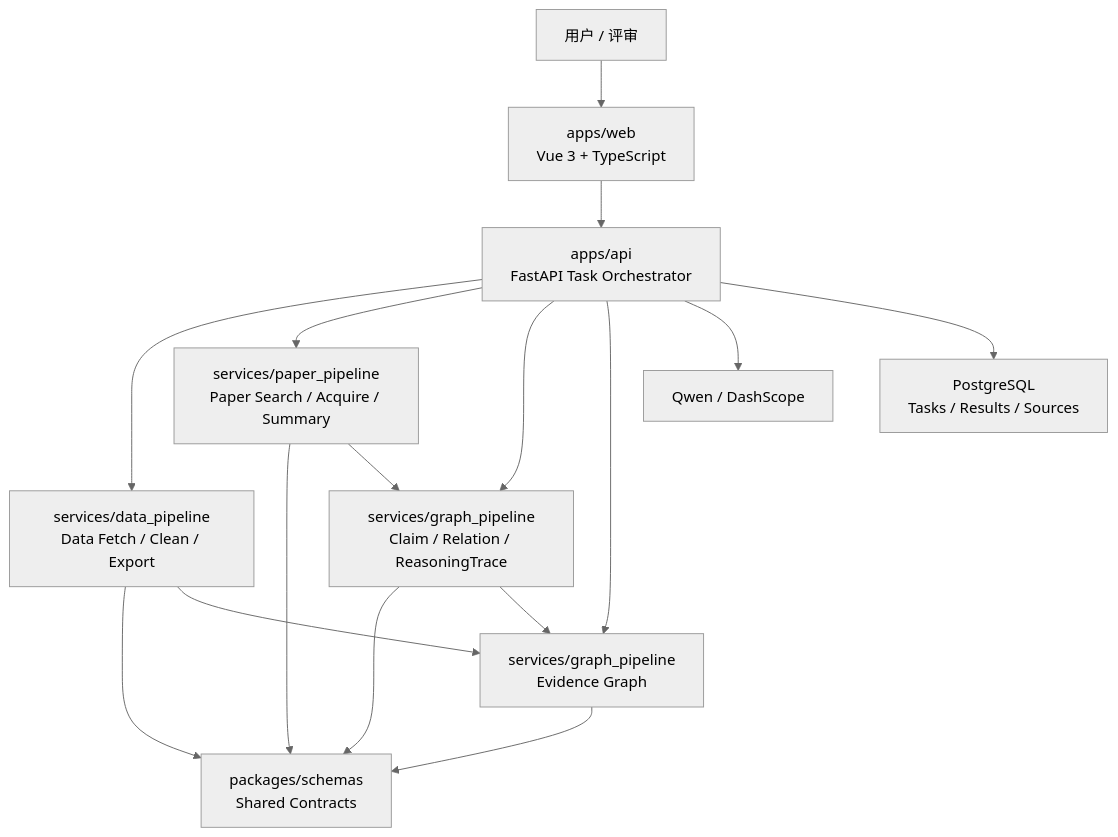
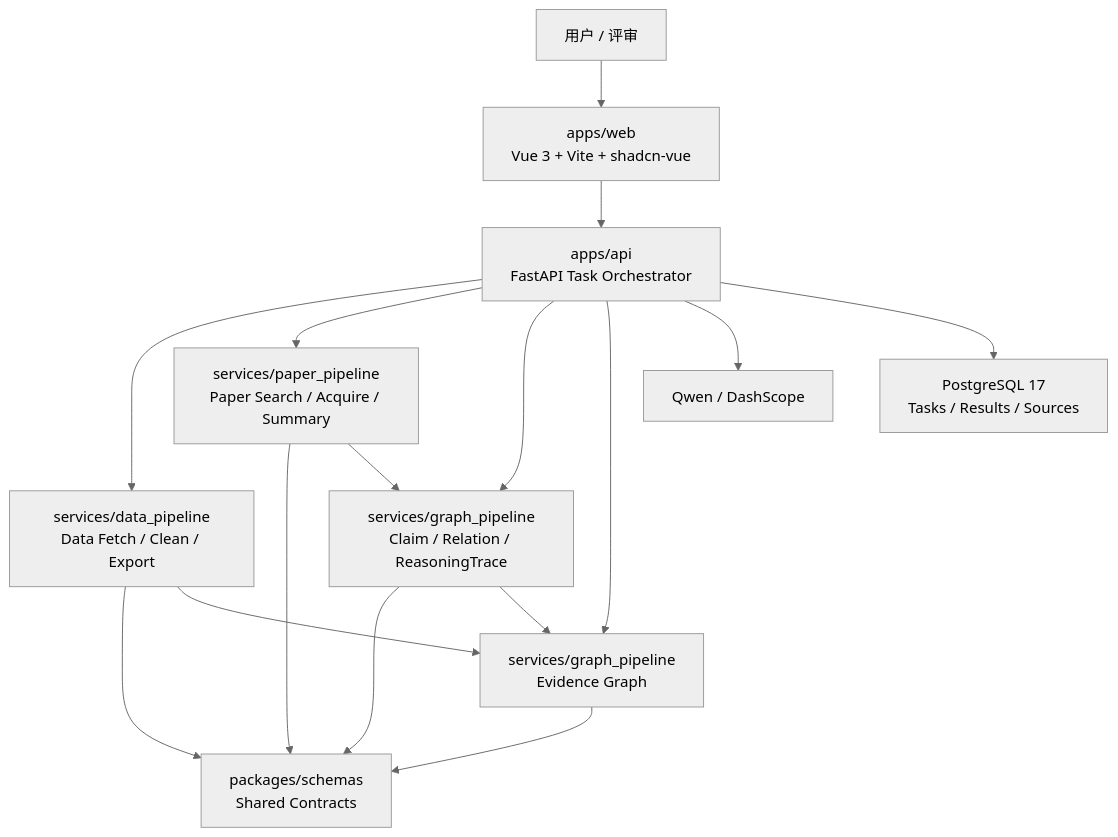
One commit to zyyyyynnn/xingwen-astro-ai changed the diagram in DESIGN.md. Above: the diagram before and after it, drawn with Mermaid (neutral theme). The commit also changed other lines of this file and 11 other files, not shown here.

````diff
--- a/DESIGN.md
+++ b/DESIGN.md
@@ -20,29 +48,29 @@
 ```mermaid
 flowchart TB
   User["用户 / 评审"]
-  Web["apps/web\nVue 3 + TypeScript"]
+  Web["apps/web\nVue 3 + Vite + shadcn-vue"]
   API["apps/api\nFastAPI Task Orchestrator"]
   Data["services/data_pipeline\nData Fetch / Clean / Export"]
   Paper["services/paper_pipeline\nPaper Search / Acquire / Summary"]
   Reason["services/graph_pipeline\nClaim / Relation / ReasoningTrace"]
   Graph["services/graph_pipeline\nEvidence Graph"]
   Schemas["packages/schemas\nShared Contracts"]
-  DB["PostgreSQL\nTasks / Results / Sources"]
+  DB["PostgreSQL 17\nTasks / Results / Sources"]
   Qwen["Qwen / DashScope"]
 
   User --> Web
   Web --> API
   API --> Data
   API --> Paper
   API --> Reason
   API --> Graph
   API --> Qwen
   API --> DB
   Data --> Schemas
   Paper --> Schemas
   Reason --> Schemas
   Graph --> Schemas
   Paper --> Reason
   Data --> Graph
   Reason --> Graph
 ```
````
